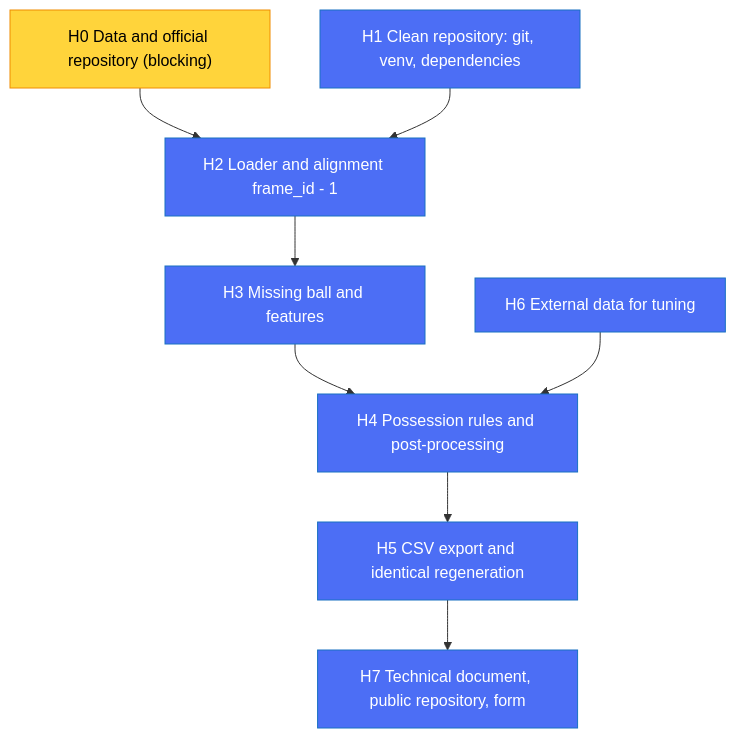
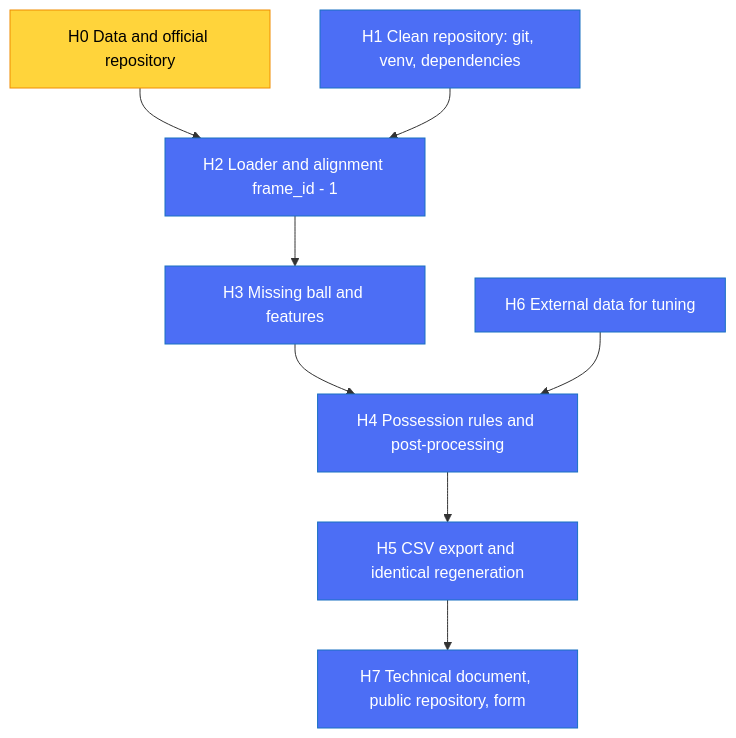
The second of 2 diagrams in docs/ROADMAP_NEXT_STEPS.md (ArenaHackhaton/Arena), drawn with Mermaid before and after one commit. The commit also changed other lines of this file and 2 other files, not shown here.

Commit message:
docs: update workflow, known issues and roadmap for the possession pipeline

````diff
--- a/docs/ROADMAP_NEXT_STEPS.md
+++ b/docs/ROADMAP_NEXT_STEPS.md
@@ -198,23 +222,23 @@
 ```mermaid
 flowchart TD
-  H0["H0 Data and official repository (blocking)"]
+  H0["H0 Data and official repository"]
   H1["H1 Clean repository: git, venv, dependencies"]
   H2["H2 Loader and alignment frame_id - 1"]
   H3["H3 Missing ball and features"]
   H4["H4 Possession rules and post-processing"]
   H5["H5 CSV export and identical regeneration"]
   H6["H6 External data for tuning"]
   H7["H7 Technical document, public repository, form"]
   H0 --> H2
   H1 --> H2
   H2 --> H3
   H3 --> H4
   H6 --> H4
   H4 --> H5
   H5 --> H7
 
   classDef pending fill:#ffd43b,stroke:#f08c00,color:#000
   classDef process fill:#4c6ef5,stroke:#1971c2,color:#fff
   class H0 pending
   class H1,H2,H3,H4,H5,H6,H7 process
 ```
````
